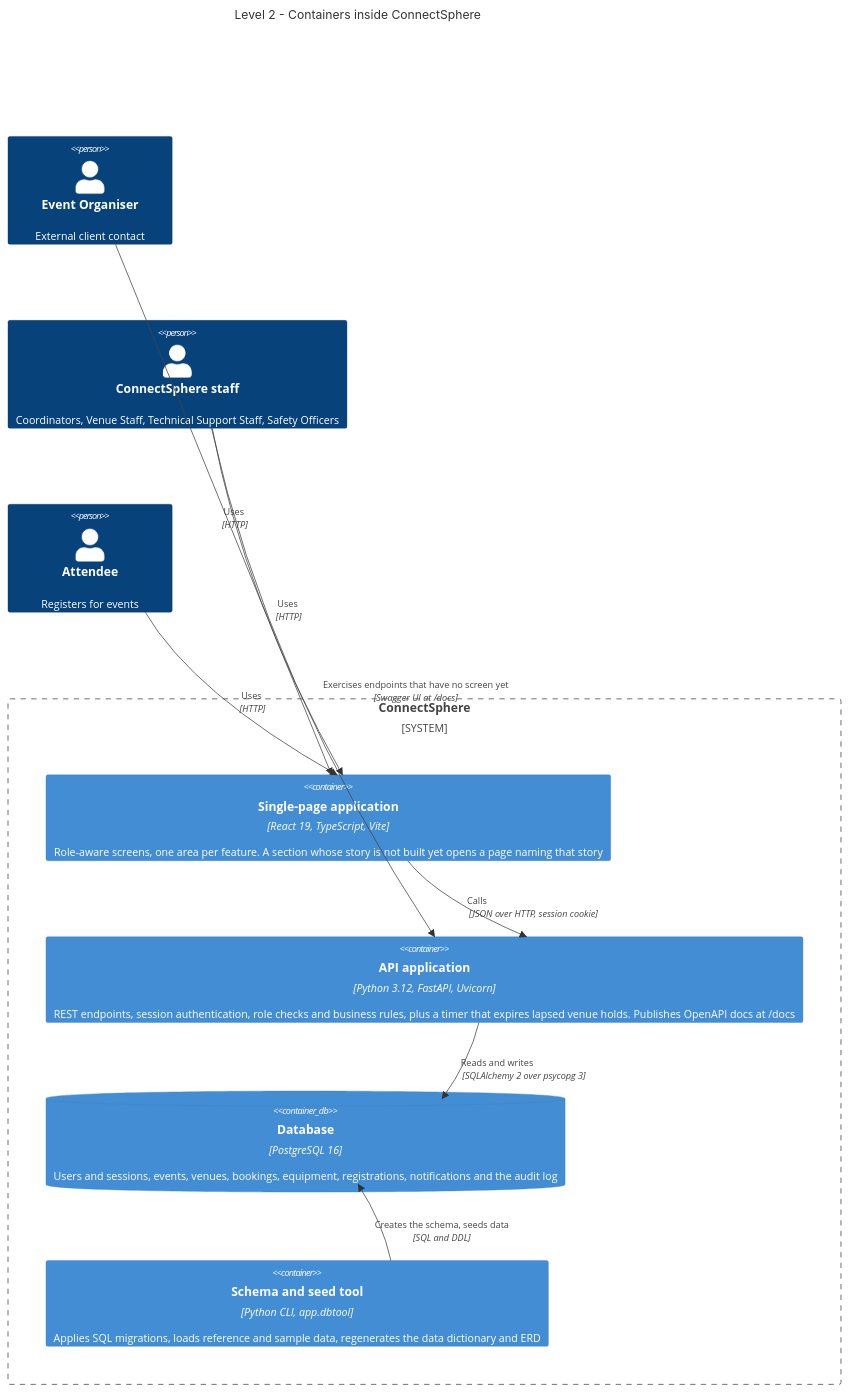
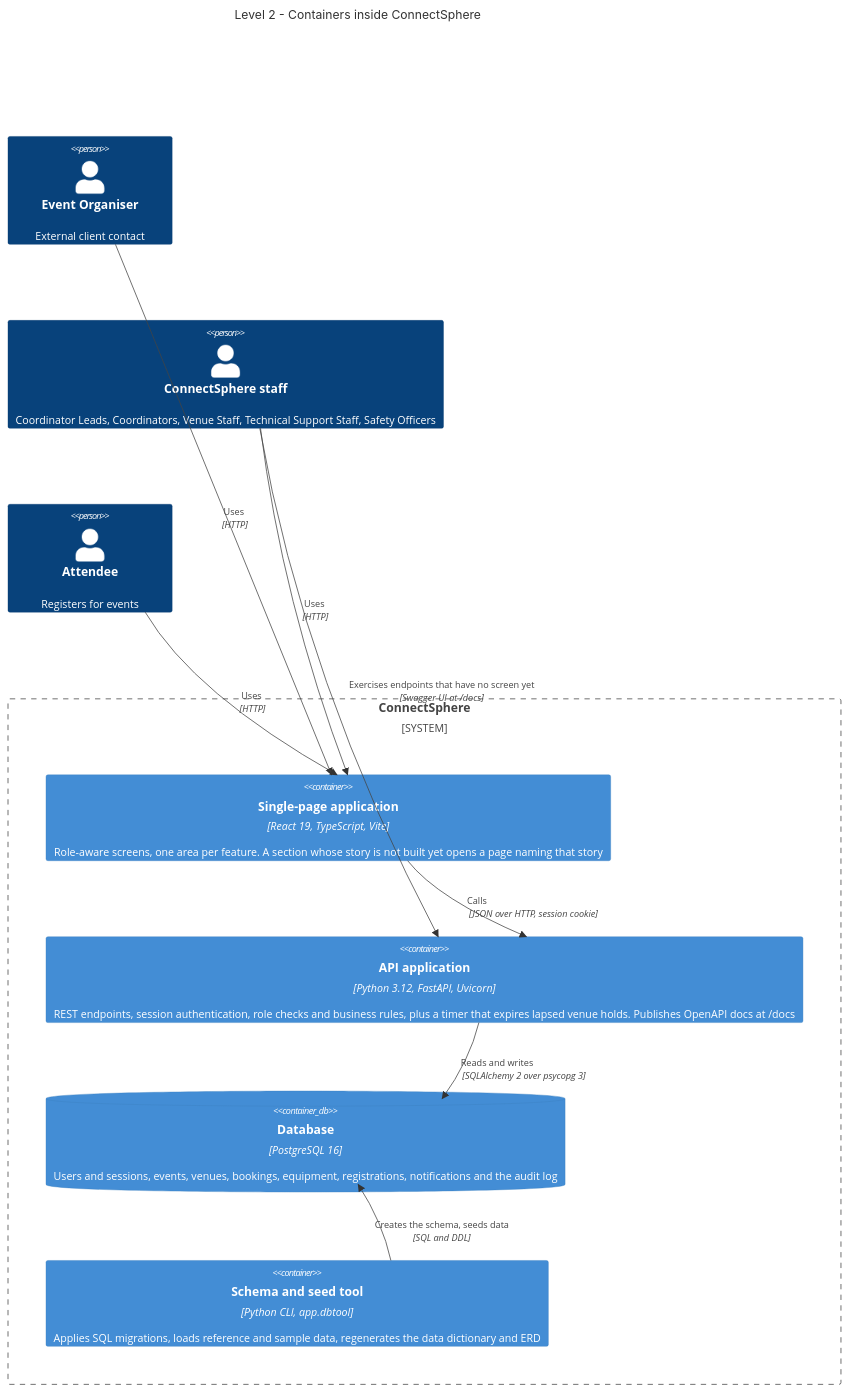
The second of 7 diagrams in docs/C4_MODEL.md (mecmk/SPM-G5), drawn with Mermaid before and after one commit. The commit also changed other lines of this file and 40 other files, not shown here.

````diff
--- a/docs/C4_MODEL.md
+++ b/docs/C4_MODEL.md
@@ -54,25 +56,25 @@
 ```mermaid
 C4Container
     title Level 2 - Containers inside ConnectSphere
 
     Person(organiser, "Event Organiser", "External client contact")
-    Person(staff, "ConnectSphere staff", "Coordinators, Venue Staff, Technical Support Staff, Safety Officers")
+    Person(staff, "ConnectSphere staff", "Coordinator Leads, Coordinators, Venue Staff, Technical Support Staff, Safety Officers")
     Person(attendee, "Attendee", "Registers for events")
 
     System_Boundary(connectsphere, "ConnectSphere") {
         Container(spa, "Single-page application", "React 19, TypeScript, Vite", "Role-aware screens, one area per feature. A section whose story is not built yet opens a page naming that story")
         Container(api, "API application", "Python 3.12, FastAPI, Uvicorn", "REST endpoints, session authentication, role checks and business rules, plus a timer that expires lapsed venue holds. Publishes OpenAPI docs at /docs")
         ContainerDb(db, "Database", "PostgreSQL 16", "Users and sessions, events, venues, bookings, equipment, registrations, notifications and the audit log")
         Container(dbtool, "Schema and seed tool", "Python CLI, app.dbtool", "Applies SQL migrations, loads reference and sample data, regenerates the data dictionary and ERD")
     }
 
     Rel(organiser, spa, "Uses", "HTTP")
     Rel(staff, spa, "Uses", "HTTP")
     Rel(attendee, spa, "Uses", "HTTP")
     Rel(staff, api, "Exercises endpoints that have no screen yet", "Swagger UI at /docs")
     Rel(spa, api, "Calls", "JSON over HTTP, session cookie")
     Rel(api, db, "Reads and writes", "SQLAlchemy 2 over psycopg 3")
     Rel(dbtool, db, "Creates the schema, seeds data", "SQL and DDL")
 
     UpdateLayoutConfig($c4ShapeInRow="2", $c4BoundaryInRow="1")
 ```
````
